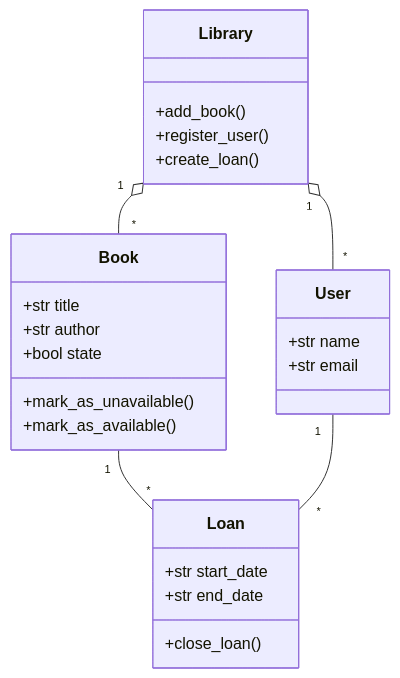
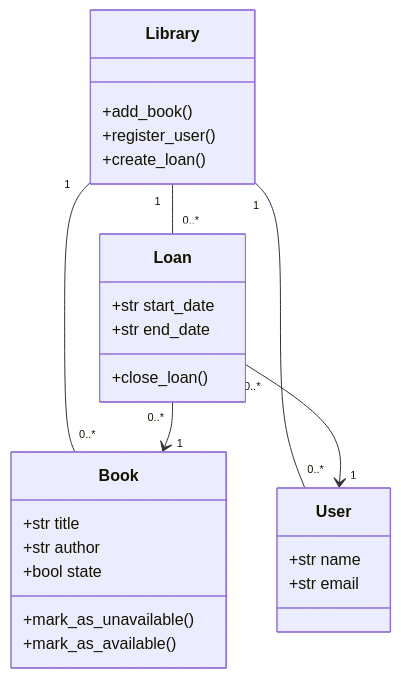
Before and after one commit to EvaGLN/holbertonschool-sw_design_architecture: the diagram in uml_intro/0-class_diagram.mmd, drawn with Mermaid.

Commit message:
Fix: checker validated while wrong. Real expectations

```diff
--- a/uml_intro/0-class_diagram.mmd
+++ b/uml_intro/0-class_diagram.mmd
@@ -1,24 +1,27 @@
 classDiagram
-    Library "1" o-- "*" Book
-    Library "1" o-- "*" User
-    Book "1" -- "*" Loan
-    User "1" -- "*" Loan
-    Library: +add_book()
-    Library: +register_user()
-    Library: +create_loan()
+    Library "1" -- "0..*" Book
+    Library "1" -- "0..*" User
+    Library "1" -- "0..*" Loan
+    Loan "0..*" --> "1" Book
+    Loan "0..*" --> "1" User
+    class Library{
+        +add_book()
+        +register_user()
+        +create_loan()
+    }
     class Book{
         +str title
         +str author
         +bool state
         +mark_as_unavailable()
         +mark_as_available()
     }
     class User{
         +str name
         +str email
     }
     class Loan{
         +str start_date
         +str end_date
         +close_loan()
     }
```
